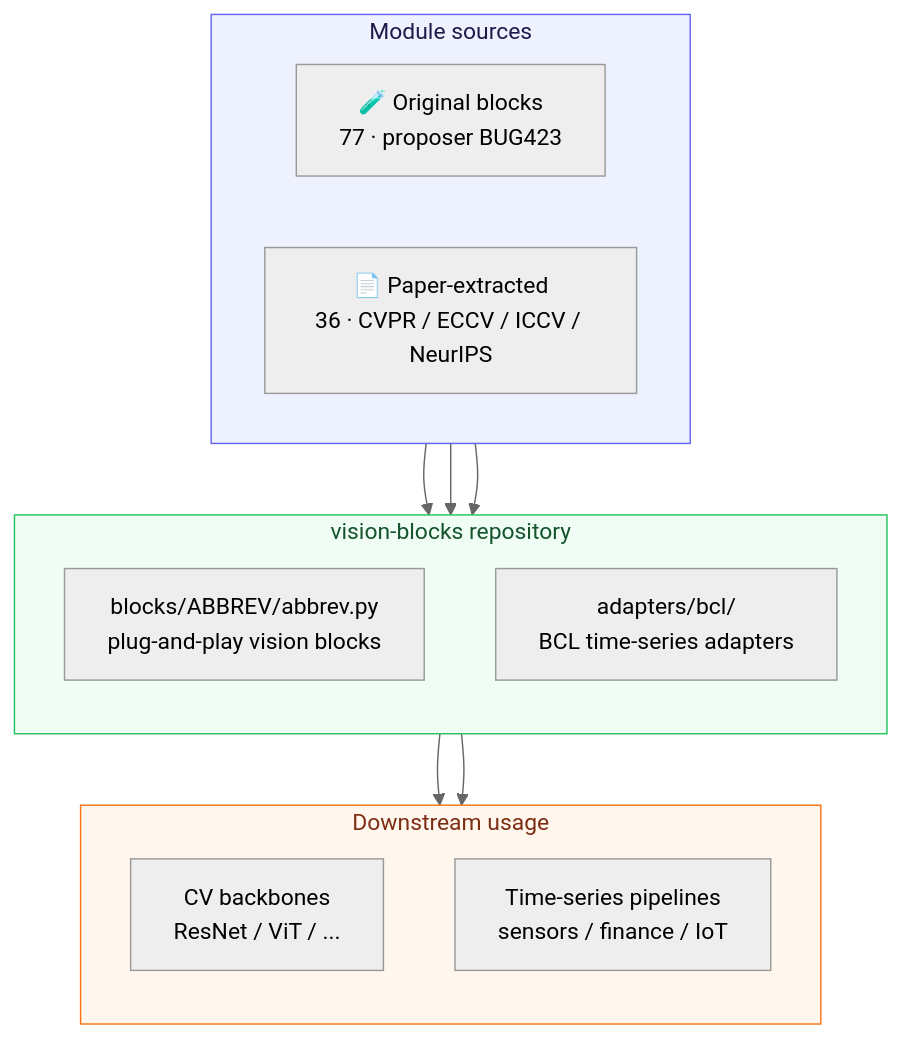
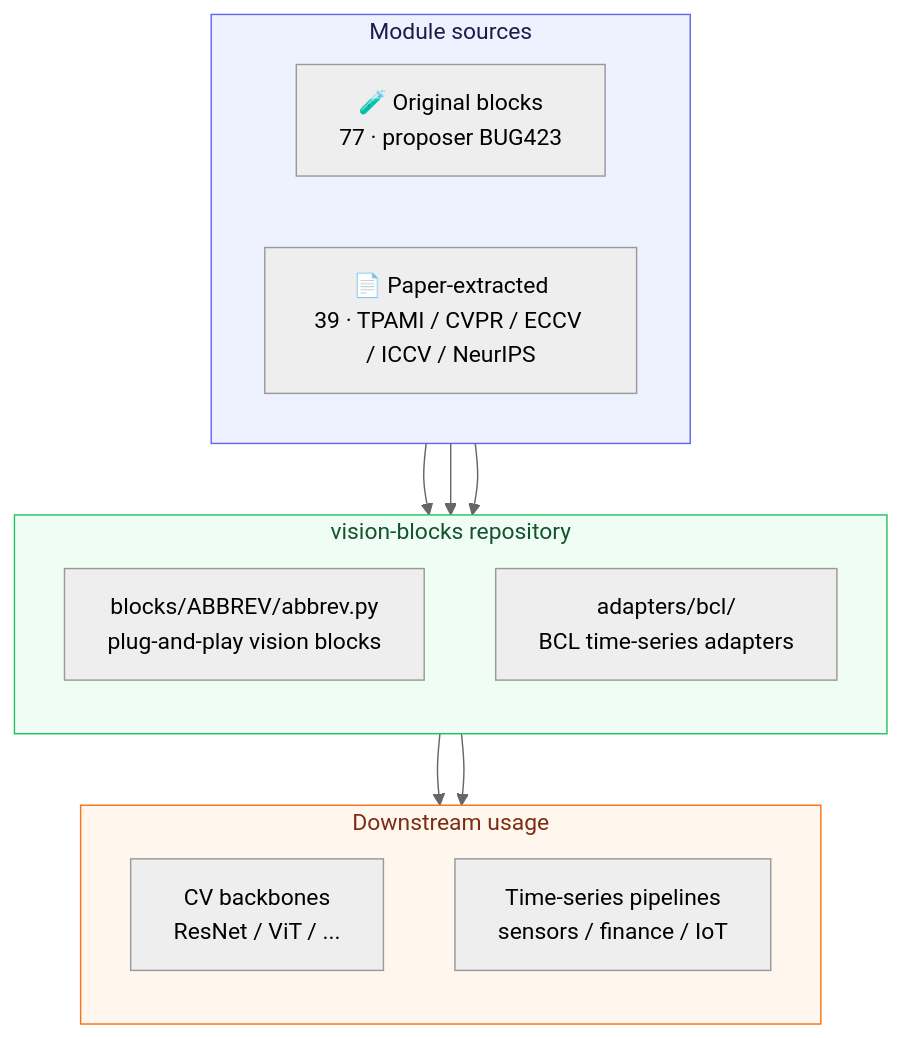
One commit to BUG423/vision-blocks changed the first of 3 diagrams in README_EN.md. Above: the diagram before and after it, drawn with Mermaid (neutral theme). The commit also changed other lines of this file and 5 other files, not shown here.

````diff
--- a/README_EN.md
+++ b/README_EN.md
@@ -65,30 +66,30 @@
 ```mermaid
 flowchart TB
     subgraph SRC["Module sources"]
         direction LR
         A["🧪 Original blocks<br/>77 · proposer BUG423"]
-        B["📄 Paper-extracted<br/>36 · CVPR / ECCV / ICCV / NeurIPS"]
+        B["📄 Paper-extracted<br/>39 · TPAMI / CVPR / ECCV / ICCV / NeurIPS"]
     end
 
     subgraph REPO["vision-blocks repository"]
         direction TB
         BLK["blocks/ABBREV/abbrev.py<br/>plug-and-play vision blocks"]
         BCL["adapters/bcl/<br/>BCL time-series adapters"]
     end
 
     subgraph USE["Downstream usage"]
         direction TB
         CV["CV backbones<br/>ResNet / ViT / ..."]
         TS["Time-series pipelines<br/>sensors / finance / IoT"]
     end
 
     A --> BLK
     B --> BLK
     A --> BCL
     BLK --> CV
     BCL --> TS
 
     style SRC fill:#eef2ff,stroke:#6366f1,color:#1e1b4b
     style REPO fill:#f0fdf4,stroke:#22c55e,color:#14532d
     style USE fill:#fff7ed,stroke:#f97316,color:#7c2d12
 ```
````
